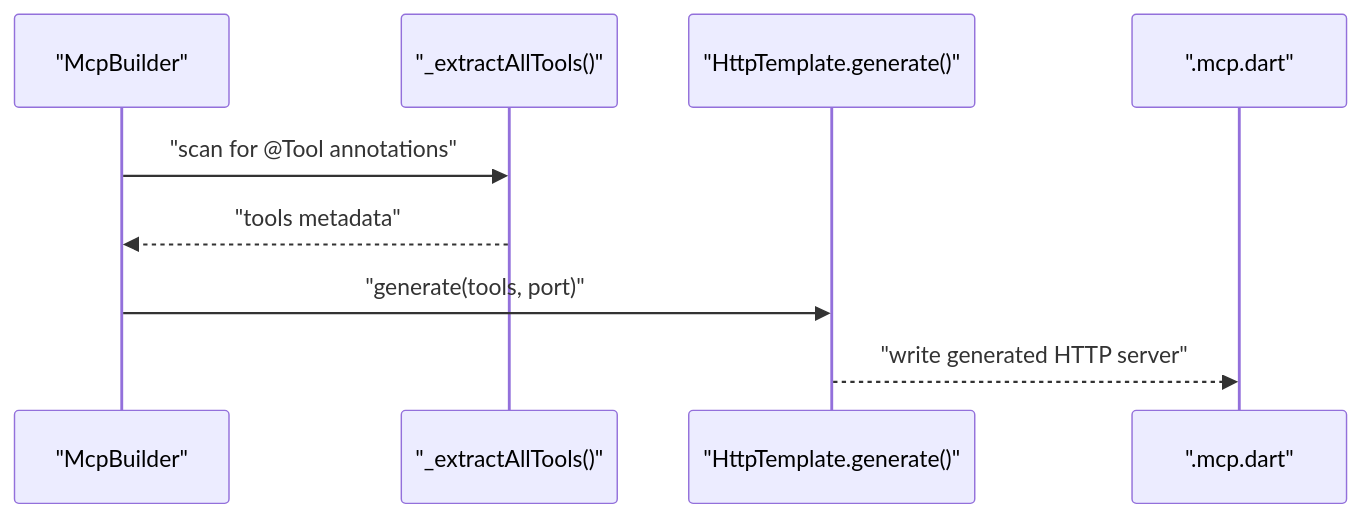
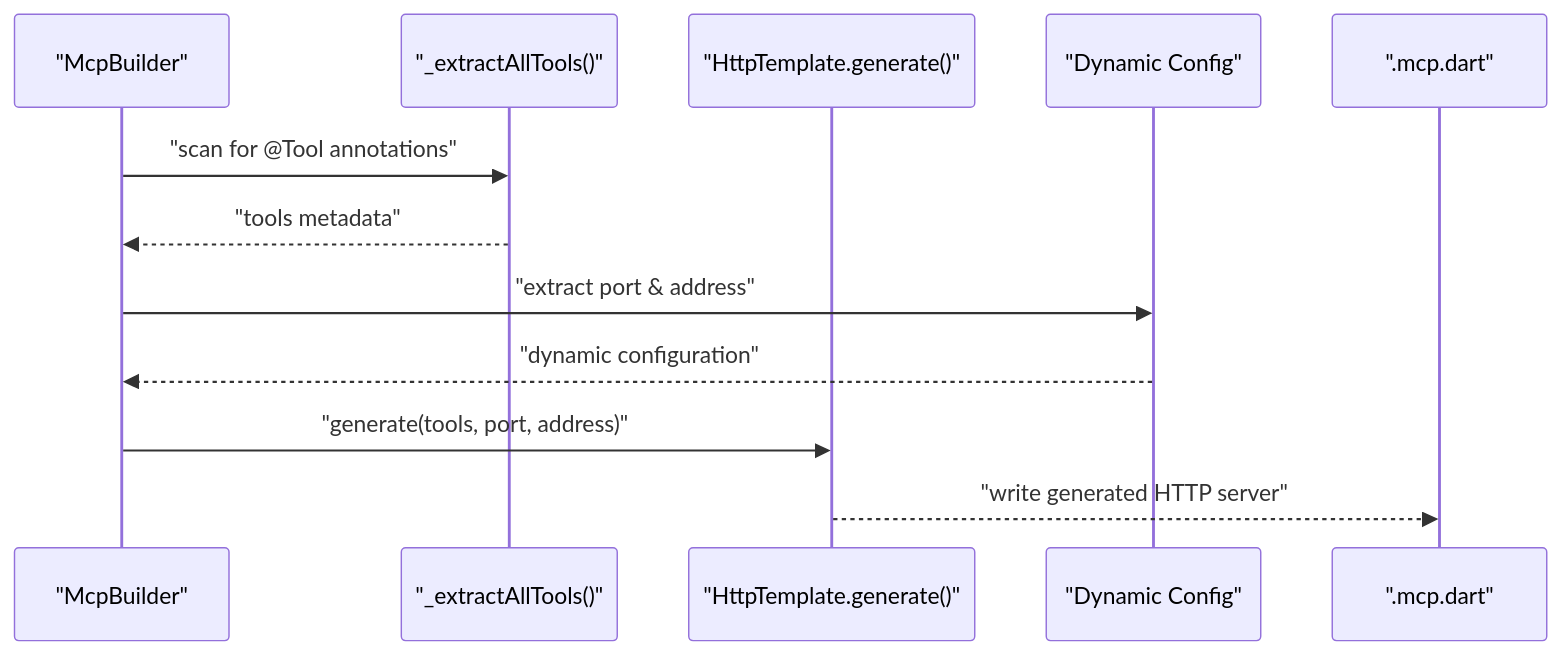
The eighth of 11 diagrams in .qoder/repowiki/en/content/Transport Implementations/HTTP Transport.md (cdavis-code/easy_mcp_workspace), drawn with Mermaid before and after one commit. The commit also changed other lines of this file and 14 other files, not shown here.

````diff
--- a/.qoder/repowiki/en/content/Transport Implementations/HTTP Transport.md
+++ b/.qoder/repowiki/en/content/Transport Implementations/HTTP Transport.md
@@ -248,11 +305,14 @@
 ```mermaid
 sequenceDiagram
 participant Builder as "McpBuilder"
 participant Extract as "_extractAllTools()"
 participant Template as "HttpTemplate.generate()"
+participant Config as "Dynamic Config"
 participant Output as ".mcp.dart"
 Builder->>Extract : "scan for @Tool annotations"
 Extract-->>Builder : "tools metadata"
-Builder->>Template : "generate(tools, port)"
+Builder->>Config : "extract port & address"
+Config-->>Builder : "dynamic configuration"
+Builder->>Template : "generate(tools, port, address)"
 Template-->>Output : "write generated HTTP server"
 ```
````
